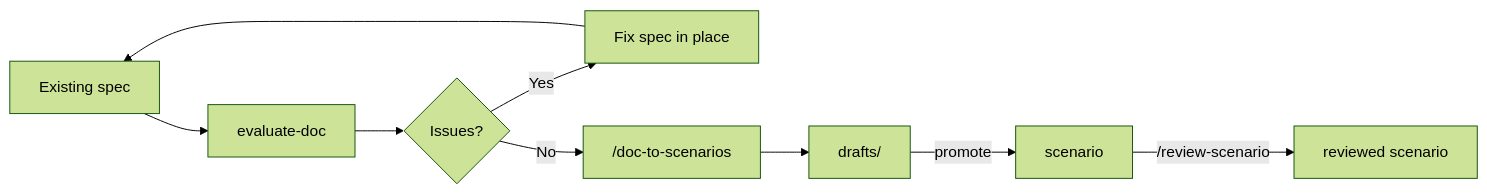
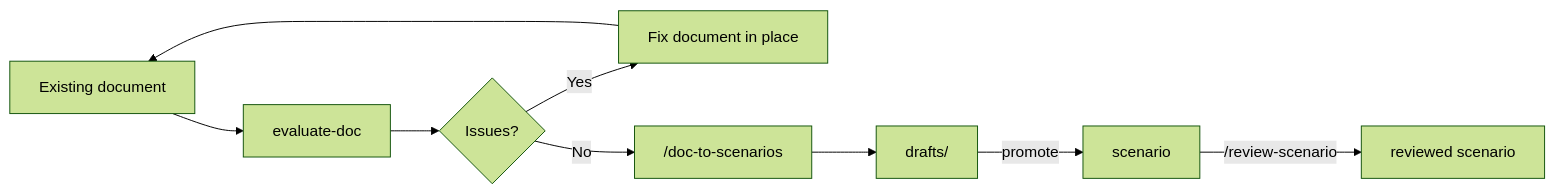
One commit to mattbobambrose/playwright-scenarios changed the third of 5 diagrams in website/playwright-scenarios/docs/workflow.md. Above: the diagram before and after it, drawn with Mermaid (forest theme). The commit also changed other lines of this file and 19 other files, not shown here.

````diff
--- a/website/playwright-scenarios/docs/workflow.md
+++ b/website/playwright-scenarios/docs/workflow.md
@@ -59,11 +59,11 @@
 ``` mermaid
 graph LR
-    A[Existing spec] --> B["evaluate-doc"]
+    A[Existing document] --> B["evaluate-doc"]
     B --> C{Issues?}
-    C -->|Yes| D[Fix spec in place]
+    C -->|Yes| D[Fix document in place]
     D --> A
     C -->|No| E["/doc-to-scenarios"]
     E --> F["drafts/"]
     F -->|promote| G[scenario]
     G -->|"/review-scenario"| H[reviewed scenario]
 ```
````
